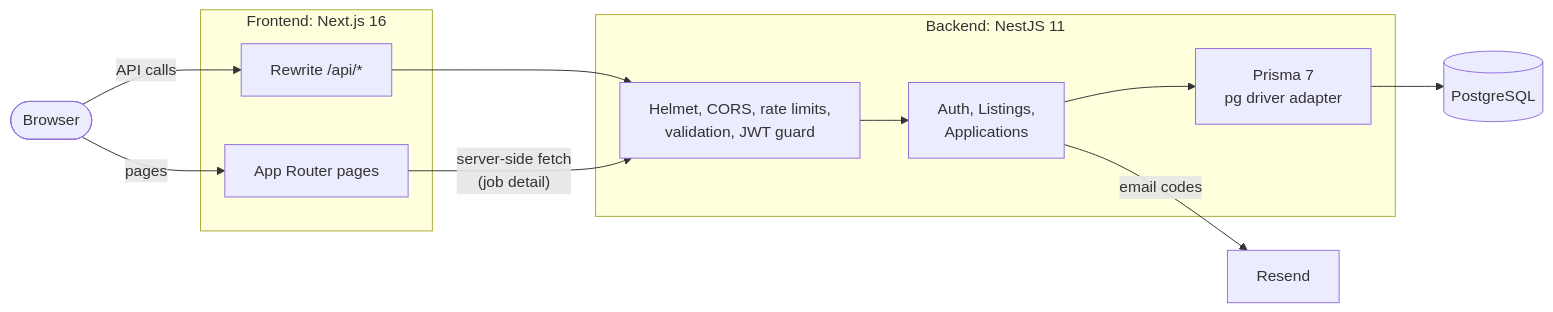
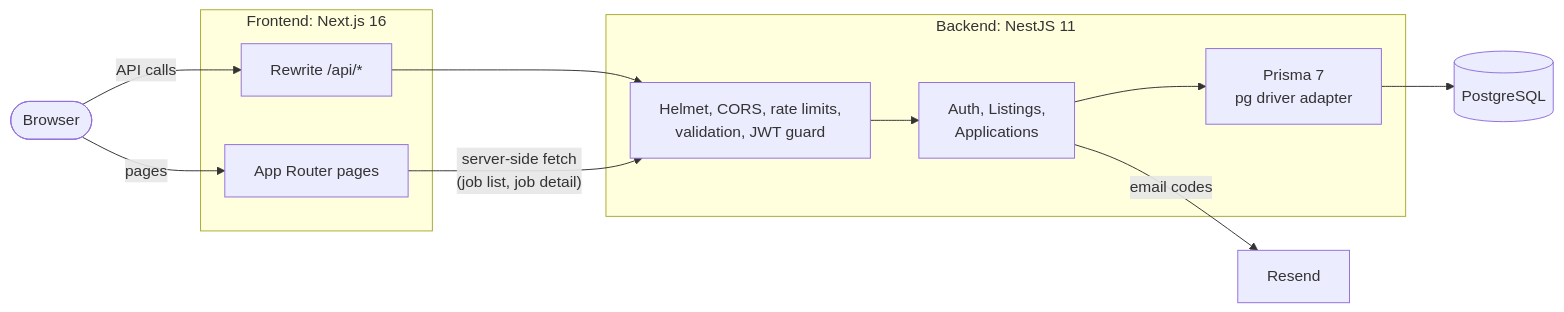
Before and after one commit to Muhamed2805/SaStrane: the first of 3 diagrams in README.md, drawn with Mermaid. The commit also changed other lines of this file and 39 other files, not shown here.

````diff
--- a/README.md
+++ b/README.md
@@ -103,25 +105,25 @@
 ```mermaid
 flowchart LR
   browser(["Browser"])
 
   subgraph web["Frontend: Next.js 16"]
     pages["App Router pages"]
     proxy["Rewrite /api/*"]
   end
 
   subgraph api["Backend: NestJS 11"]
     edge["Helmet, CORS, rate limits,<br/>validation, JWT guard"]
     modules["Auth, Listings,<br/>Applications"]
     orm["Prisma 7<br/>pg driver adapter"]
   end
 
   db[("PostgreSQL")]
   resend["Resend"]
 
   browser -- "pages" --> pages
   browser -- "API calls" --> proxy
   proxy --> edge
-  pages -- "server-side fetch<br/>(job detail)" --> edge
+  pages -- "server-side fetch<br/>(job list, job detail)" --> edge
   edge --> modules --> orm --> db
   modules -- "email codes" --> resend
 ```
````
